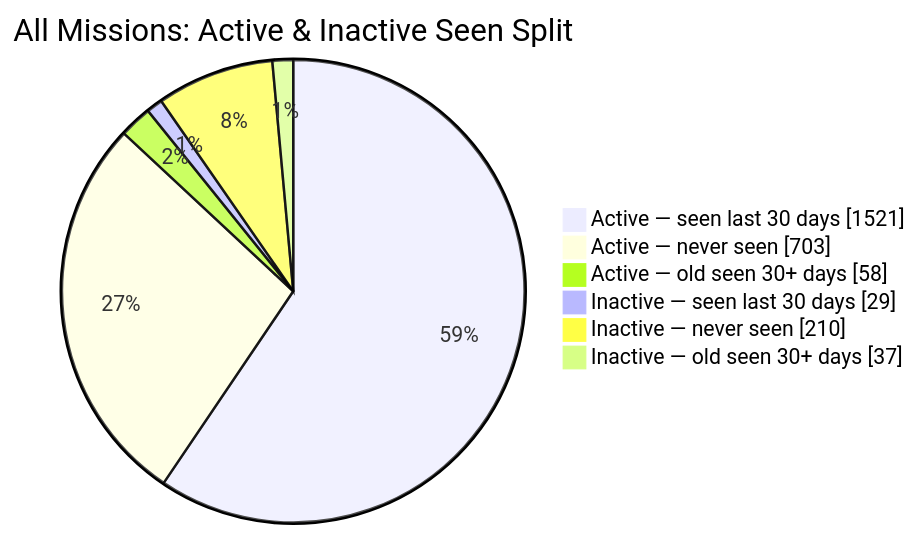
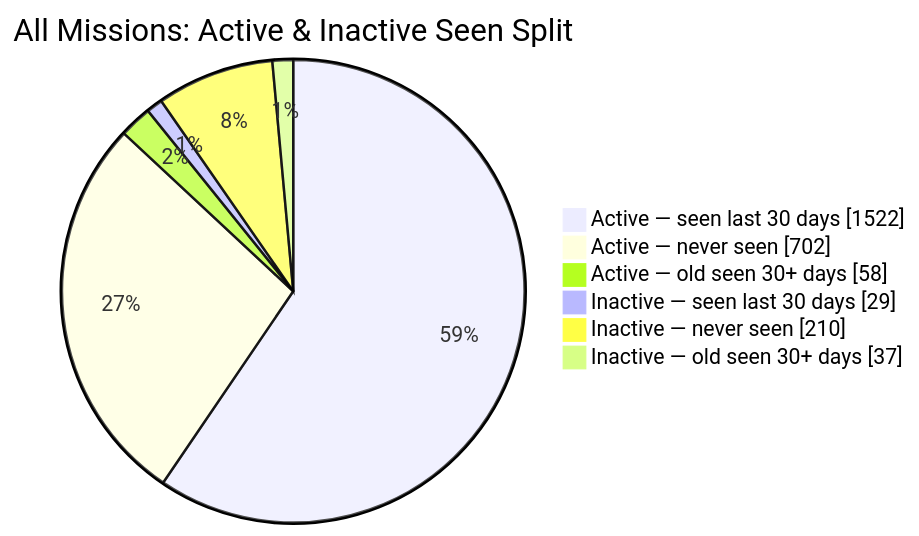
Before and after one commit to MeldkamerspelGameTeam/active-missions: the second of 2 diagrams in README.md, drawn with Mermaid. The commit also changed other lines of this file and 2 other files, not shown here.

````diff
--- a/README.md
+++ b/README.md
@@ -44,10 +44,10 @@
 ```mermaid
 pie showData
     title All Missions: Active & Inactive Seen Split
-    "Active — seen last 30 days" : 1521
-    "Active — never seen" : 703
+    "Active — seen last 30 days" : 1522
+    "Active — never seen" : 702
     "Active — old seen 30+ days" : 58
     "Inactive — seen last 30 days" : 29
     "Inactive — never seen" : 210
     "Inactive — old seen 30+ days" : 37
 ```
````
